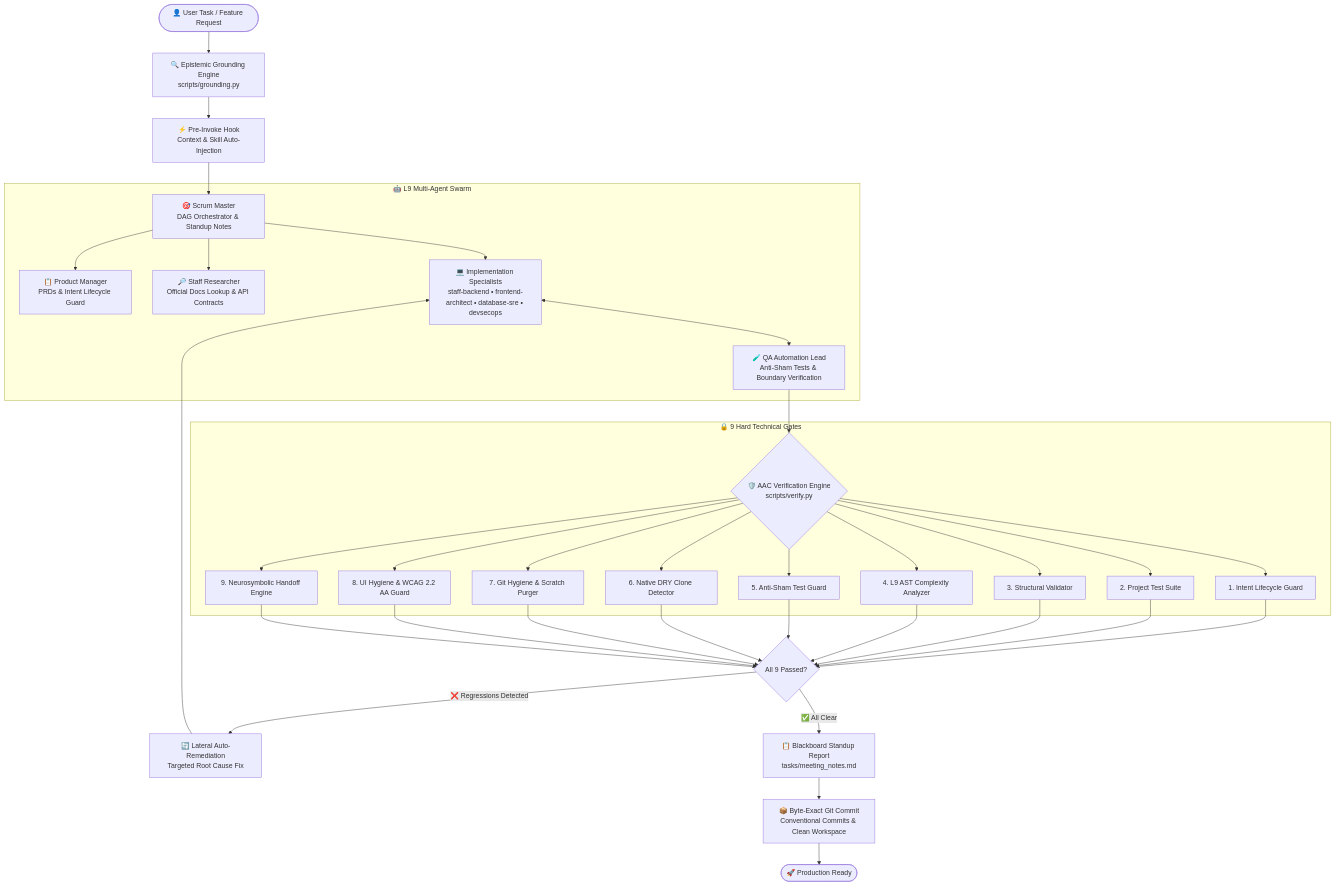
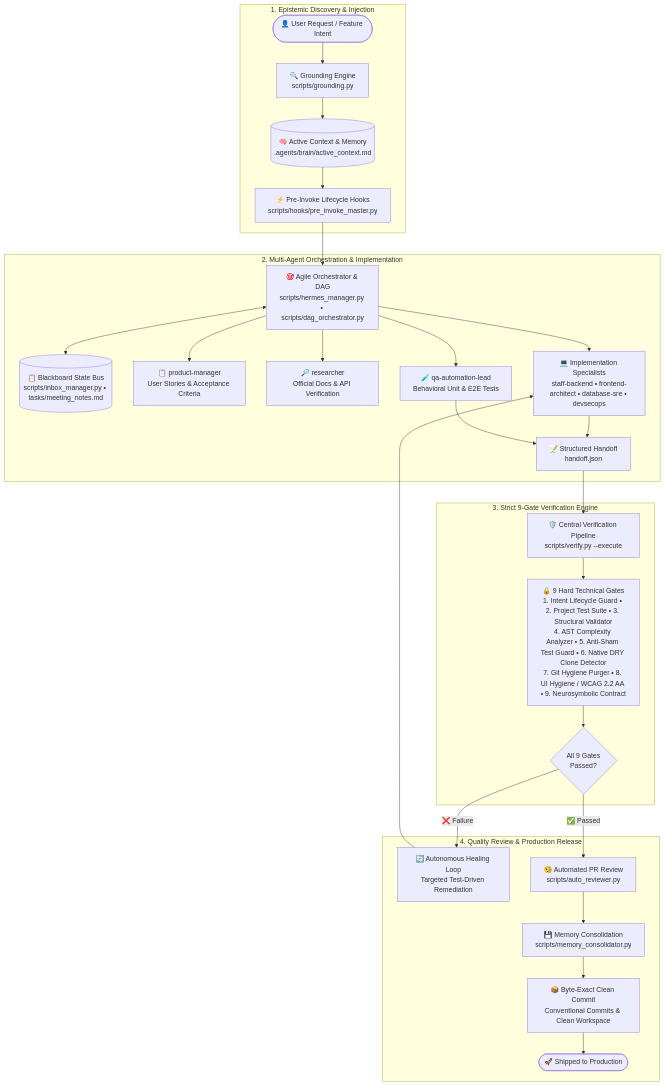
One commit to rafaelghif/antigravity-agents changed the diagram in README.md. Above: the diagram before and after it, drawn with Mermaid. The commit also changed other lines of this file and 2 other files, not shown here.

Commit message:
docs(readme): refactor architectural flowchart, align repository reality, and polish public documentation (#306)

````diff
--- a/README.md
+++ b/README.md
@@ -42,34 +43,33 @@
 ```mermaid
 flowchart TD
-    User([👤 User Task / Feature Request]) --> Ground[🔍 Epistemic Grounding Engine<br/>scripts/grounding.py]
-    Ground --> PreHook[⚡ Pre-Invoke Hook<br/>Context & Skill Auto-Injection]
-    PreHook --> ScrumMaster[🎯 Scrum Master<br/>DAG Orchestrator & Standup Notes]
-
-    subgraph Swarm [🤖 L9 Multi-Agent Swarm]
-        ScrumMaster --> PM[📋 Product Manager<br/>PRDs & Intent Lifecycle Guard]
-        ScrumMaster --> Research[🔎 Staff Researcher<br/>Official Docs Lookup & API Contracts]
-        ScrumMaster --> DevTeam[💻 Implementation Specialists<br/>staff-backend • frontend-architect • database-sre • devsecops]
-        DevTeam <--> QALead[🧪 QA Automation Lead<br/>Anti-Sham Tests & Boundary Verification]
+    subgraph Discovery ["1. Epistemic Discovery & Injection"]
+        UserTask(["👤 User Request / Feature Intent"]) --> Grounding["🔍 Grounding Engine<br/>scripts/grounding.py"]
+        Grounding --> ActiveContext[("🧠 Active Context & Memory<br/>.agents/brain/active_context.md")]
+        ActiveContext --> PreHooks["⚡ Pre-Invoke Lifecycle Hooks<br/>scripts/hooks/pre_invoke_master.py"]
     end
 
-    QALead --> VerifyEngine{🛡️ AAC Verification Engine<br/>scripts/verify.py}
-
-    subgraph Gates [🔒 9 Hard Technical Gates]
-        VerifyEngine --> G1[1. Intent Lifecycle Guard]
-        VerifyEngine --> G2[2. Project Test Suite]
-        VerifyEngine --> G3[3. Structural Validator]
-        VerifyEngine --> G4[4. L9 AST Complexity Analyzer]
-        VerifyEngine --> G5[5. Anti-Sham Test Guard]
-        VerifyEngine --> G6[6. Native DRY Clone Detector]
-        VerifyEngine --> G7[7. Git Hygiene & Scratch Purger]
-        VerifyEngine --> G8[8. UI Hygiene & WCAG 2.2 AA Guard]
-        VerifyEngine --> G9[9. Neurosymbolic Handoff Engine]
+    subgraph Swarm ["2. Multi-Agent Orchestration & Implementation"]
+        PreHooks --> Orchestrator["🎯 Agile Orchestrator & DAG<br/>scripts/hermes_manager.py • scripts/dag_orchestrator.py"]
+        Orchestrator <--> Blackboard[("📋 Blackboard State Bus<br/>scripts/inbox_manager.py • tasks/meeting_notes.md")]
+        Orchestrator --> PM["📋 product-manager<br/>User Stories & Acceptance Criteria"]
+        Orchestrator --> Research["🔎 researcher<br/>Official Docs & API Verification"]
+        Orchestrator --> Devs["💻 Implementation Specialists<br/>staff-backend • frontend-architect • database-sre • devsecops"]
+        Orchestrator --> QA["🧪 qa-automation-lead<br/>Behavioral Unit & E2E Tests"]
+        Devs & QA --> Handoff["📝 Structured Handoff<br/>handoff.json"]
     end
 
-    G1 & G2 & G3 & G4 & G5 & G6 & G7 & G8 & G9 --> GateCheck{All 9 Passed?}
-    GateCheck -- ❌ Regressions Detected --> AutoFix[🔄 Lateral Auto-Remediation<br/>Targeted Root Cause Fix]
-    AutoFix --> DevTeam
-    GateCheck -- ✅ All Clear --> Blackboard[📋 Blackboard Standup Report<br/>tasks/meeting_notes.md]
-    Blackboard --> GitCommit[📦 Byte-Exact Git Commit<br/>Conventional Commits & Clean Workspace]
-    GitCommit --> Production([🚀 Production Ready])
+    subgraph Verification ["3. Strict 9-Gate Verification Engine"]
+        Handoff --> VerifyEngine["🛡️ Central Verification Pipeline<br/>scripts/verify.py --execute"]
+        VerifyEngine --> Gates["🔒 9 Hard Technical Gates<br/>1. Intent Lifecycle Guard • 2. Project Test Suite • 3. Structural Validator<br/>4. AST Complexity Analyzer • 5. Anti-Sham Test Guard • 6. Native DRY Clone Detector<br/>7. Git Hygiene Purger • 8. UI Hygiene / WCAG 2.2 AA • 9. Neurosymbolic Contract"]
+        Gates --> Decision{"All 9 Gates<br/>Passed?"}
+    end
+
+    subgraph Release ["4. Quality Review & Production Release"]
+        Decision -- "❌ Failure" --> Healing["🔄 Autonomous Healing Loop<br/>Targeted Test-Driven Remediation"]
+        Healing --> Devs
+        Decision -- "✅ Passed" --> Review["🧐 Automated PR Review<br/>scripts/auto_reviewer.py"]
+        Review --> MemorySync["💾 Memory Consolidation<br/>scripts/memory_consolidator.py"]
+        MemorySync --> GitClean["📦 Byte-Exact Clean Commit<br/>Conventional Commits & Clean Workspace"]
+        GitClean --> Done(["🚀 Shipped to Production"])
+    end
 ```
````
